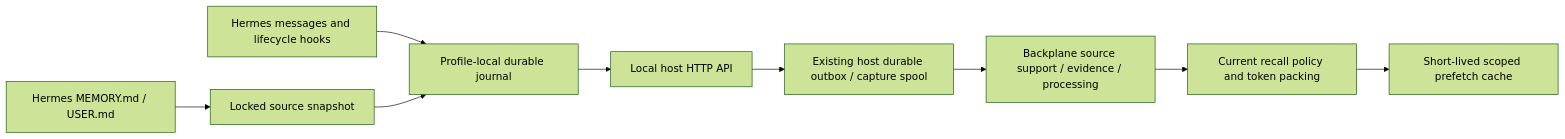
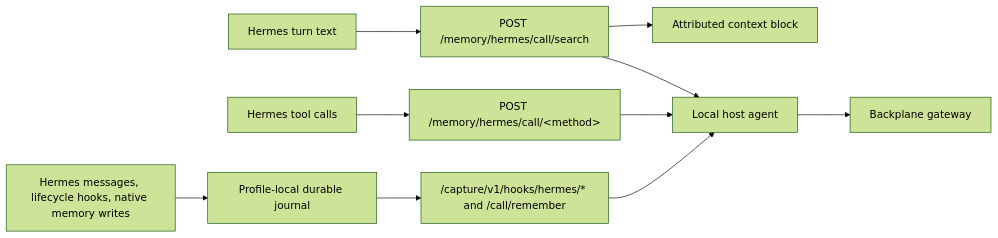
Before and after one commit to gsmlg-opt/backplane: the diagram in integrations/memory/hermes/README.md, drawn with Mermaid (forest theme). The commit also changed other lines of this file and 20 other files, not shown here.

First line of the commit message:
feat(memory): move the Hermes plugin to the global memory tools

````diff
--- a/integrations/memory/hermes/README.md
+++ b/integrations/memory/hermes/README.md
@@ -13,11 +24,9 @@
 ```mermaid
 flowchart LR
-  N[Hermes MEMORY.md / USER.md] --> S[Locked source snapshot]
-  H[Hermes messages and lifecycle hooks] --> J[Profile-local durable journal]
-  S --> J
-  J --> L[Local host HTTP API]
-  L --> O[Existing host durable outbox / capture spool]
-  O --> B[Backplane source support / evidence / processing]
-  B --> R[Current recall policy and token packing]
-  R --> C[Short-lived scoped prefetch cache]
+  T[Hermes turn text] --> S["POST /memory/hermes/call/search"]
+  S --> C[Attributed context block]
+  X[Hermes tool calls] --> M["POST /memory/hermes/call/&lt;method&gt;"]
+  H[Hermes messages, lifecycle hooks, native memory writes] --> J[Profile-local durable journal]
+  J --> P["/capture/v1/hooks/hermes/* and /call/remember"]
+  S & M & P --> A[Local host agent] --> G[Backplane gateway]
 ```
````
